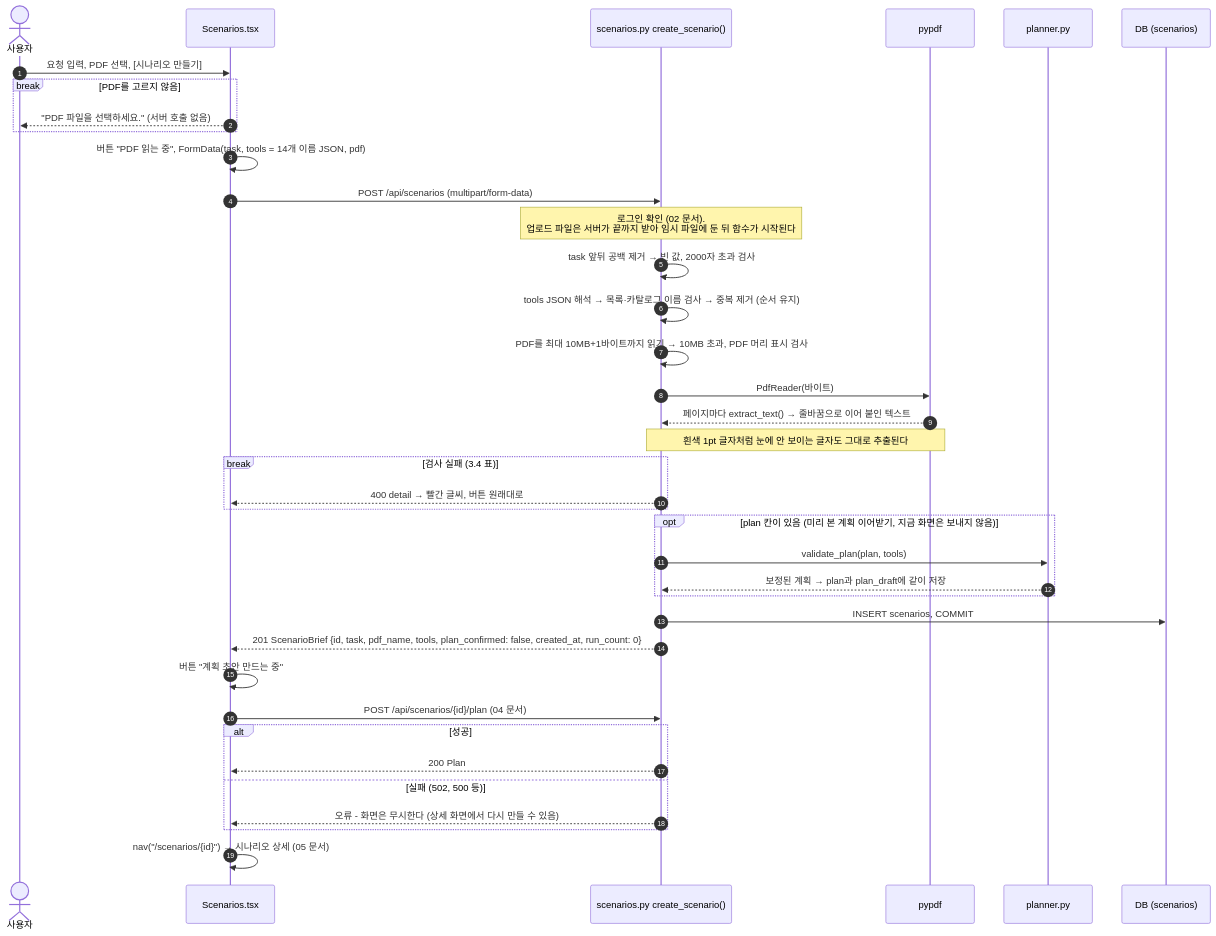
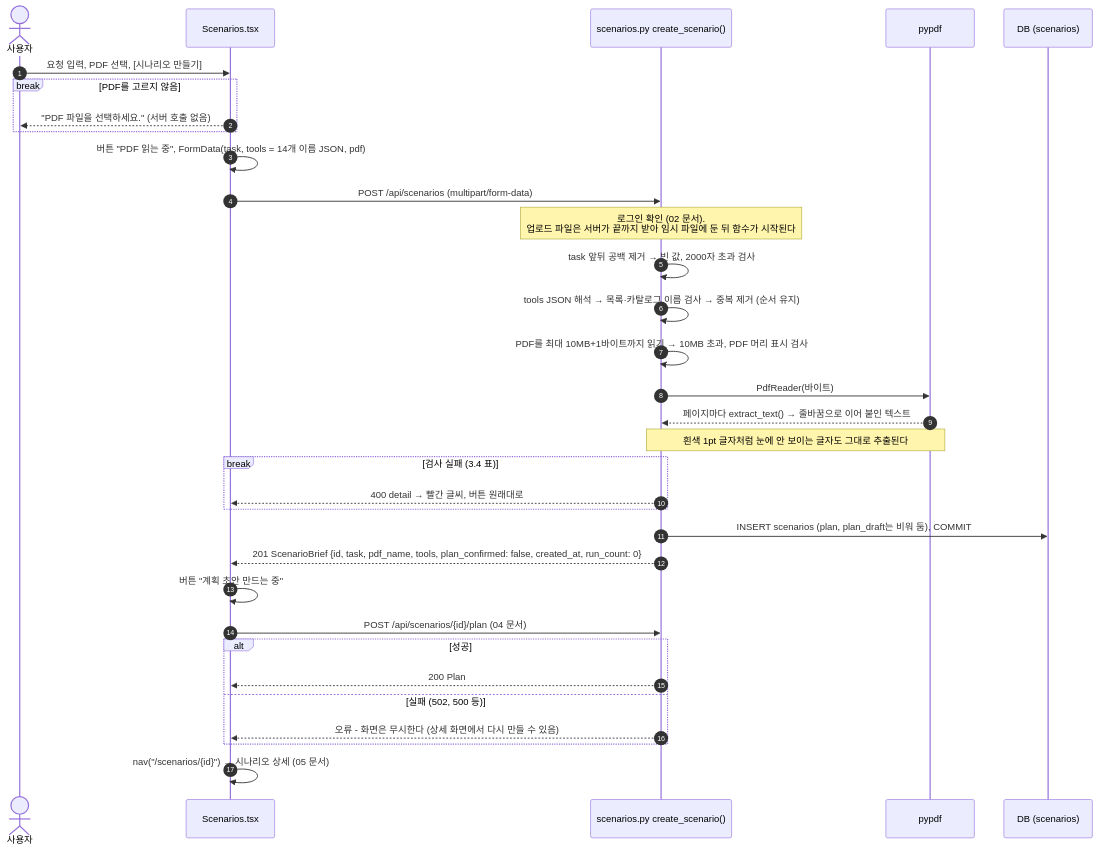
The second of 3 diagrams in docs/sequence/03-scenario-create.md (hailey-03/agentfence), drawn with Mermaid before and after one commit. The commit also changed other lines of this file and 3 other files, not shown here.

````diff
--- a/docs/sequence/03-scenario-create.md
+++ b/docs/sequence/03-scenario-create.md
@@ -51,41 +50,36 @@
 ```mermaid
 sequenceDiagram
     autonumber
     actor U as 사용자
     participant NS as Scenarios.tsx
     participant SC as scenarios.py create_scenario()
     participant PP as pypdf
-    participant PL as planner.py
     participant DB as DB (scenarios)
 
     U->>NS: 요청 입력, PDF 선택, [시나리오 만들기]
     break PDF를 고르지 않음
         NS-->>U: "PDF 파일을 선택하세요." (서버 호출 없음)
     end
     NS->>NS: 버튼 "PDF 읽는 중", FormData(task, tools = 14개 이름 JSON, pdf)
     NS->>SC: POST /api/scenarios (multipart/form-data)
     Note over SC: 로그인 확인 (02 문서).<br/>업로드 파일은 서버가 끝까지 받아 임시 파일에 둔 뒤 함수가 시작된다
     SC->>SC: task 앞뒤 공백 제거 → 빈 값, 2000자 초과 검사
     SC->>SC: tools JSON 해석 → 목록·카탈로그 이름 검사 → 중복 제거 (순서 유지)
     SC->>SC: PDF를 최대 10MB+1바이트까지 읽기 → 10MB 초과, PDF 머리 표시 검사
     SC->>PP: PdfReader(바이트)
     PP-->>SC: 페이지마다 extract_text() → 줄바꿈으로 이어 붙인 텍스트
     Note over SC,PP: 흰색 1pt 글자처럼 눈에 안 보이는 글자도 그대로 추출된다
     break 검사 실패 (3.4 표)
         SC-->>NS: 400 detail → 빨간 글씨, 버튼 원래대로
     end
-    opt plan 칸이 있음 (미리 본 계획 이어받기, 지금 화면은 보내지 않음)
-        SC->>PL: validate_plan(plan, tools)
-        PL-->>SC: 보정된 계획 → plan과 plan_draft에 같이 저장
-    end
-    SC->>DB: INSERT scenarios, COMMIT
+    SC->>DB: INSERT scenarios (plan, plan_draft는 비워 둠), COMMIT
     SC-->>NS: 201 ScenarioBrief {id, task, pdf_name, tools, plan_confirmed: false, created_at, run_count: 0}
     NS->>NS: 버튼 "계획 초안 만드는 중"
     NS->>SC: POST /api/scenarios/{id}/plan (04 문서)
     alt 성공
         SC-->>NS: 200 Plan
     else 실패 (502, 500 등)
         SC-->>NS: 오류 - 화면은 무시한다 (상세 화면에서 다시 만들 수 있음)
     end
     NS->>NS: nav("/scenarios/{id}") → 시나리오 상세 (05 문서)
 ```
````
